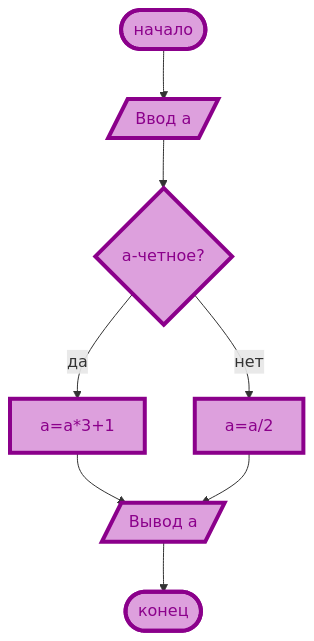
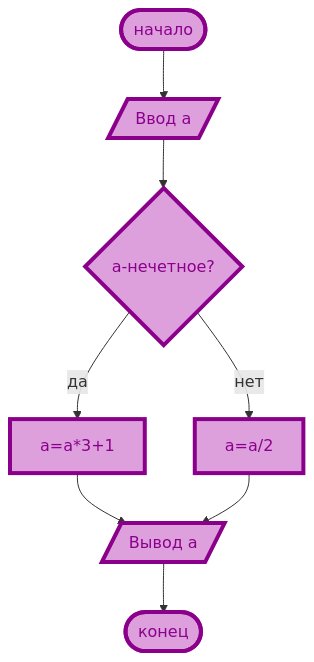
Before and after one commit to SofiiaBobr5565/Mermaid_syntax_hints_for_md: diagram 14 of 14 in README.md, drawn with Mermaid.

````diff
--- a/README.md
+++ b/README.md
@@ -155,12 +155,12 @@
 ```mermaid
 flowchart TB
 classDef s1 fill:#DDA0DD, stroke:#8B008B,color:#8B008B, stroke-width:4px
      a(["начало"]):::s1
      b[/Ввод а/]:::s1
-     a-->b-->c{"a-четное?"}:::s1
+     a-->b-->c{"a-нечетное?"}:::s1
      c-->|да| f[a=a*3+1]:::s1
      c-->|нет| g[a=a/2]:::s1
      f-->d[/Вывод а/]:::s1
      g-->d[/Вывод а/]
      d-->h(["конец"]):::s1
 ```
````
